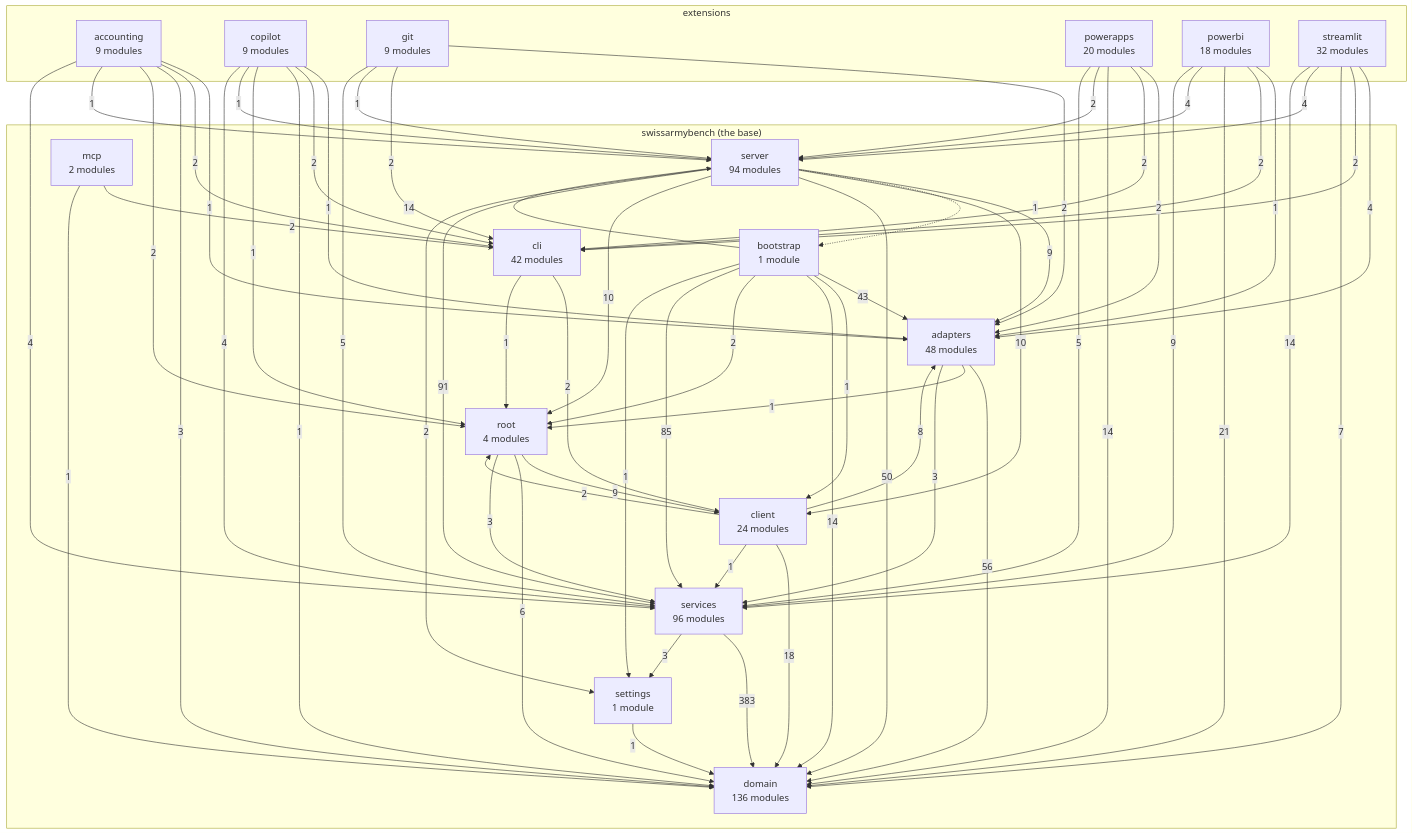
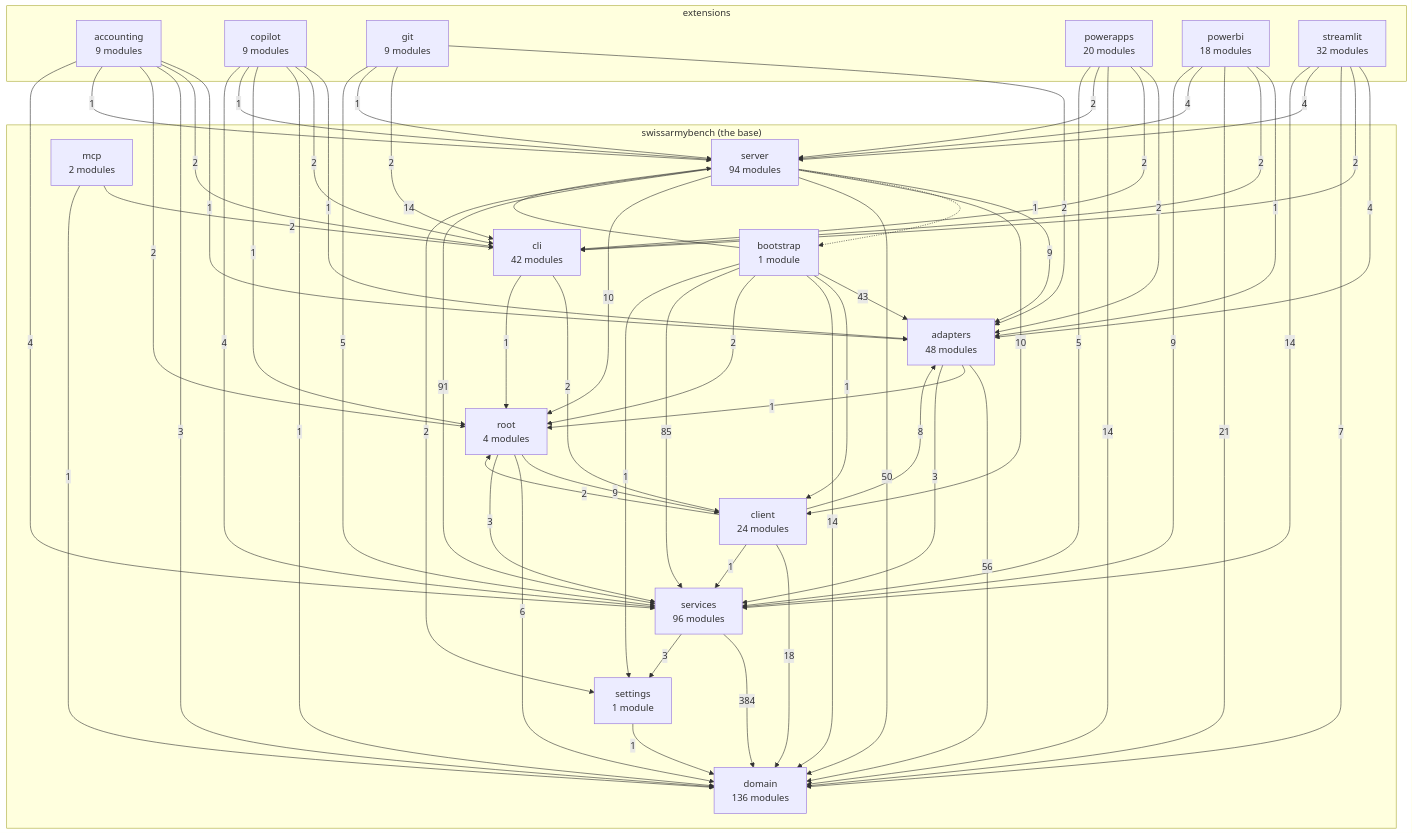
One commit to DylanCodyBrown/SwissArmyBench changed the diagram in docs/architecture-map.md. Above: the diagram before and after it, drawn with Mermaid. The commit also changed 8 other files, not shown here.

````diff
--- a/docs/architecture-map.md
+++ b/docs/architecture-map.md
@@ -95,7 +95,7 @@
     server -->|10| root
     server -->|91| services
     server -->|2| settings
-    services -->|383| domain
+    services -->|384| domain
     services -->|3| settings
     settings -->|1| domain
 ```
````
